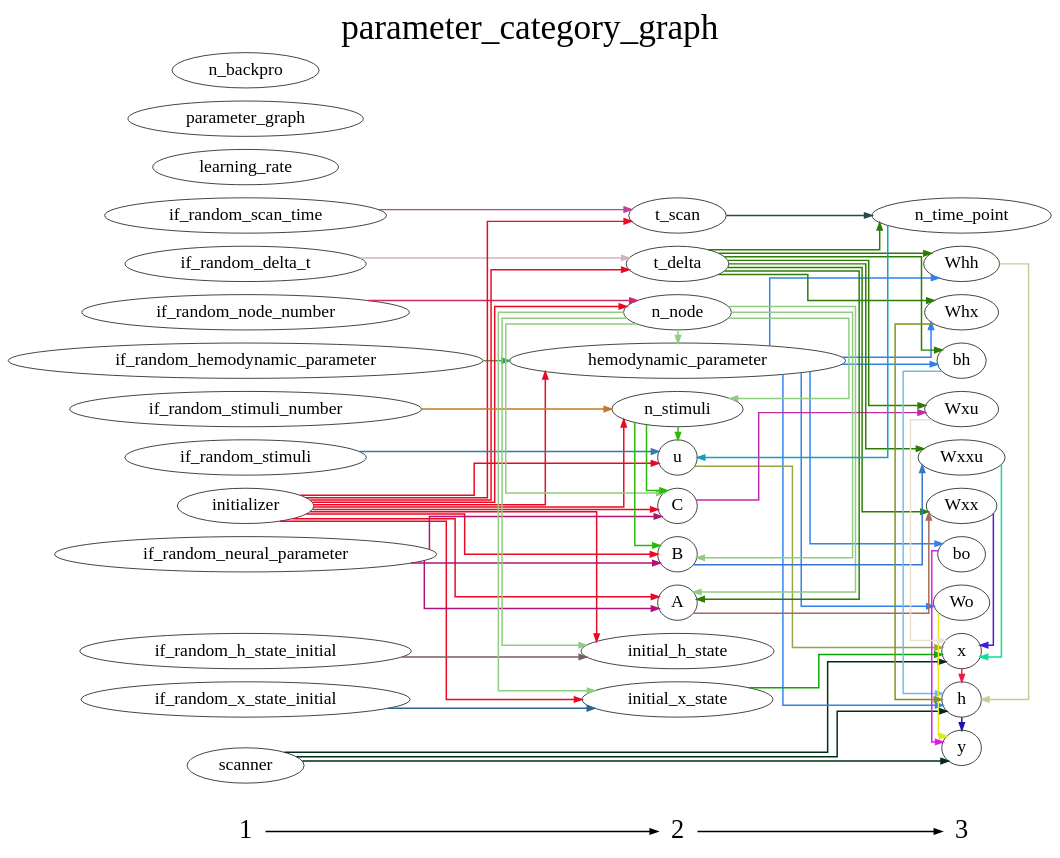
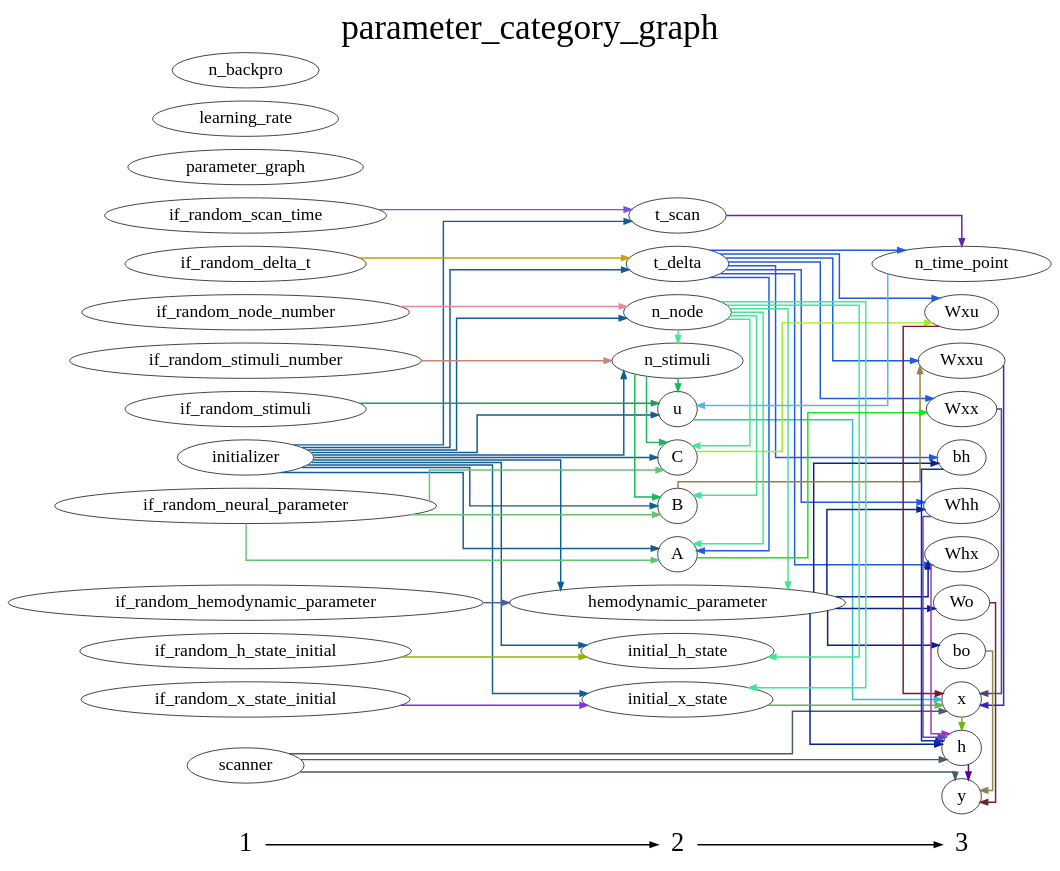
One commit to YuanWangOnward/DCM_RNN changed the diagram in DCM_RNN/documents/parameter_category_graph.gv. Above: the diagram before and after it, drawn with Graphviz. The commit also changed 6 other files, not shown here.

```diff
--- a/DCM_RNN/documents/parameter_category_graph.gv
+++ b/DCM_RNN/documents/parameter_category_graph.gv
@@ -1,132 +1,132 @@
 digraph G {
           splines=ortho;
           fontsize = 48;
           rankdir = "LR";
           node[fontsize=24];
           edge[penwidth=2];
           {
           node [shape=plaintext fontsize=36];
           1 -> 
           2 -> 
           3
           }
           {rank = same;
           1;
+          initializer;
+          if_random_x_state_initial;
+          if_random_scan_time;
+          if_random_stimuli_number;
+          if_random_hemodynamic_parameter;
+          scanner;
+          parameter_graph;
+          if_random_node_number;
+          learning_rate;
+          n_backpro;
+          if_random_h_state_initial;
+          if_random_stimuli;
+          if_random_neural_parameter;
           if_random_delta_t;
-          if_random_node_number;
-          if_random_scan_time;
-          if_random_hemodynamic_parameter;
-          initializer;
-          scanner;
-          if_random_neural_parameter;
-          if_random_h_state_initial;
-          learning_rate;
-          if_random_stimuli;
-          if_random_stimuli_number;
-          parameter_graph;
-          if_random_x_state_initial;
-          n_backpro;
           }
           {rank = same;
           2;
+          u;
+          t_delta;
+          n_stimuli;
+          t_scan;
           hemodynamic_parameter;
-          u;
           C;
-          initial_x_state;
-          t_delta;
+          B;
           n_node;
-          t_scan;
           initial_h_state;
           A;
-          B;
-          n_stimuli;
+          initial_x_state;
           }
           {rank = same;
           3;
+          Wo;
+          bh;
+          Whh;
+          n_time_point;
+          x;
+          Wxx;
           Wxxu;
-          bh;
-          y;
-          n_time_point;
-          bo;
-          h;
-          Whh;
-          Wxx;
-          x;
-          Wo;
           Wxu;
           Whx;
+          h;
+          bo;
+          y;
           }
-          hemodynamic_parameter -> bh [color="#3082EC"];
-          hemodynamic_parameter -> Whh [color="#3082EC"];
-          hemodynamic_parameter -> Wo [color="#3082EC"];
-          hemodynamic_parameter -> Whx [color="#3082EC"];
-          hemodynamic_parameter -> bo [color="#3082EC"];
-          hemodynamic_parameter -> h [color="#3082EC"];
-          if_random_x_state_initial -> initial_x_state [color="#296692"];
-          Wxxu -> x [color="#05E193"];
-          bh -> h [color="#70BBEB"];
-          Wxx -> x [color="#431BE2"];
-          if_random_hemodynamic_parameter -> hemodynamic_parameter [color="#36A250"];
-          initializer -> t_delta [color="#EA0822"];
-          initializer -> t_scan [color="#EA0822"];
-          initializer -> hemodynamic_parameter [color="#EA0822"];
-          initializer -> u [color="#EA0822"];
-          initializer -> C [color="#EA0822"];
-          initializer -> initial_x_state [color="#EA0822"];
-          initializer -> n_node [color="#EA0822"];
-          initializer -> initial_h_state [color="#EA0822"];
-          initializer -> A [color="#EA0822"];
-          initializer -> B [color="#EA0822"];
-          initializer -> n_stimuli [color="#EA0822"];
-          if_random_node_number -> n_node [color="#C82B69"];
-          u -> x [color="#97A545"];
-          scanner -> x [color="#012C16"];
-          scanner -> y [color="#012C16"];
-          scanner -> h [color="#012C16"];
-          if_random_neural_parameter -> C [color="#B01378"];
-          if_random_neural_parameter -> A [color="#B01378"];
-          if_random_neural_parameter -> B [color="#B01378"];
-          t_delta -> bh [color="#2C7C04"];
-          t_delta -> Wxx [color="#2C7C04"];
-          t_delta -> n_time_point [color="#2C7C04"];
-          t_delta -> Whh [color="#2C7C04"];
-          t_delta -> Wxu [color="#2C7C04"];
-          t_delta -> Whx [color="#2C7C04"];
-          t_delta -> Wxxu [color="#2C7C04"];
-          t_delta -> A [color="#2C7C04"];
+          u -> x [color="#32BEC7"];
+          Wo -> y [color="#6A282A"];
+          t_delta -> A [color="#205BE1"];
+          t_delta -> Whh [color="#205BE1"];
+          t_delta -> Wxxu [color="#205BE1"];
+          t_delta -> Wxu [color="#205BE1"];
+          t_delta -> Whx [color="#205BE1"];
+          t_delta -> n_time_point [color="#205BE1"];
+          t_delta -> Wxx [color="#205BE1"];
+          t_delta -> bh [color="#205BE1"];
+          initializer -> A [color="#105E95"];
+          initializer -> t_scan [color="#105E95"];
+          initializer -> C [color="#105E95"];
+          initializer -> B [color="#105E95"];
+          initializer -> u [color="#105E95"];
+          initializer -> t_delta [color="#105E95"];
+          initializer -> hemodynamic_parameter [color="#105E95"];
+          initializer -> n_node [color="#105E95"];
+          initializer -> initial_h_state [color="#105E95"];
+          initializer -> n_stimuli [color="#105E95"];
+          initializer -> initial_x_state [color="#105E95"];
+          if_random_x_state_initial -> initial_x_state [color="#7A33E6"];
+          initial_h_state ;
+          n_backpro ;
+          n_stimuli -> C [color="#15BA5A"];
+          n_stimuli -> B [color="#15BA5A"];
+          n_stimuli -> u [color="#15BA5A"];
+          t_scan -> n_time_point [color="#6423A8"];
+          hemodynamic_parameter -> Whh [color="#07218A"];
+          hemodynamic_parameter -> bo [color="#07218A"];
+          hemodynamic_parameter -> Whx [color="#07218A"];
+          hemodynamic_parameter -> Wo [color="#07218A"];
+          hemodynamic_parameter -> h [color="#07218A"];
+          hemodynamic_parameter -> bh [color="#07218A"];
+          if_random_scan_time -> t_scan [color="#7456E4"];
+          C -> Wxu [color="#A1EC22"];
+          B -> Wxxu [color="#9B7E49"];
+          Wxx -> x [color="#594275"];
+          n_node -> A [color="#41E892"];
+          n_node -> C [color="#41E892"];
+          n_node -> B [color="#41E892"];
+          n_node -> hemodynamic_parameter [color="#41E892"];
+          n_node -> initial_h_state [color="#41E892"];
+          n_node -> n_stimuli [color="#41E892"];
+          n_node -> initial_x_state [color="#41E892"];
+          if_random_hemodynamic_parameter -> hemodynamic_parameter [color="#4E5E9E"];
+          scanner -> x [color="#445B6B"];
+          scanner -> h [color="#445B6B"];
+          scanner -> y [color="#445B6B"];
+          parameter_graph ;
+          if_random_node_number -> n_node [color="#E889A1"];
+          A -> Wxx [color="#13E814"];
+          n_time_point -> u [color="#5BB3EE"];
+          learning_rate ;
+          h -> y [color="#60018E"];
+          Whh -> h [color="#5E45C0"];
+          if_random_h_state_initial -> initial_h_state [color="#91B301"];
+          x -> h [color="#6EB910"];
+          bo -> y [color="#888755"];
+          if_random_stimuli -> u [color="#219860"];
+          if_random_neural_parameter -> A [color="#64C373"];
+          if_random_neural_parameter -> C [color="#64C373"];
+          if_random_neural_parameter -> B [color="#64C373"];
+          if_random_stimuli_number -> n_stimuli [color="#C58775"];
+          Wxxu -> x [color="#4020C1"];
+          Wxu -> x [color="#801526"];
+          Whx -> h [color="#A332C8"];
+          if_random_delta_t -> t_delta [color="#C3A507"];
+          bh -> h [color="#072CB9"];
           y ;
-          n_time_point -> u [color="#11A1B8"];
-          if_random_scan_time -> t_scan [color="#C33E98"];
-          learning_rate ;
-          bo -> y [color="#E118EB"];
-          C -> Wxu [color="#BE2CA7"];
-          if_random_h_state_initial -> initial_h_state [color="#775E63"];
-          if_random_stimuli -> u [color="#3578B4"];
-          h -> y [color="#1B15A8"];
-          Whh -> h [color="#C8CB94"];
-          if_random_stimuli_number -> n_stimuli [color="#C5782A"];
-          initial_x_state -> x [color="#0AA808"];
-          x -> h [color="#E81B4A"];
-          Wo -> y [color="#E7E917"];
-          parameter_graph ;
-          n_node -> hemodynamic_parameter [color="#91CC81"];
-          n_node -> C [color="#91CC81"];
-          n_node -> initial_x_state [color="#91CC81"];
-          n_node -> initial_h_state [color="#91CC81"];
-          n_node -> A [color="#91CC81"];
-          n_node -> B [color="#91CC81"];
-          n_node -> n_stimuli [color="#91CC81"];
-          Whx -> h [color="#80921A"];
-          n_backpro ;
-          t_scan -> n_time_point [color="#26494B"];
-          initial_h_state ;
-          A -> Wxx [color="#A9685B"];
-          Wxu -> x [color="#E7E2CB"];
-          B -> Wxxu [color="#3577CA"];
-          n_stimuli -> u [color="#2CBA0A"];
-          n_stimuli -> C [color="#2CBA0A"];
-          n_stimuli -> B [color="#2CBA0A"];
-          if_random_delta_t -> t_delta [color="#CEB6BC"];
+          initial_x_state -> x [color="#63B356"];
           labelloc = "t";
           label = "parameter_category_graph";
 }
```
